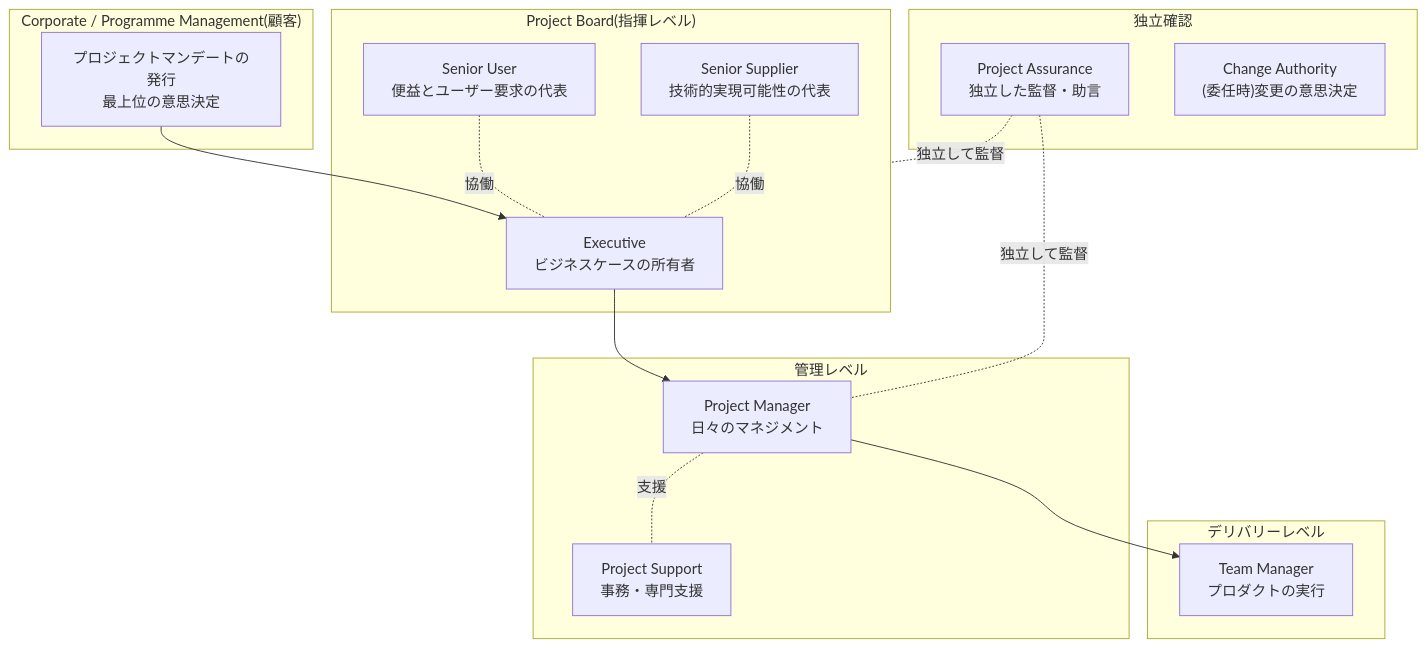
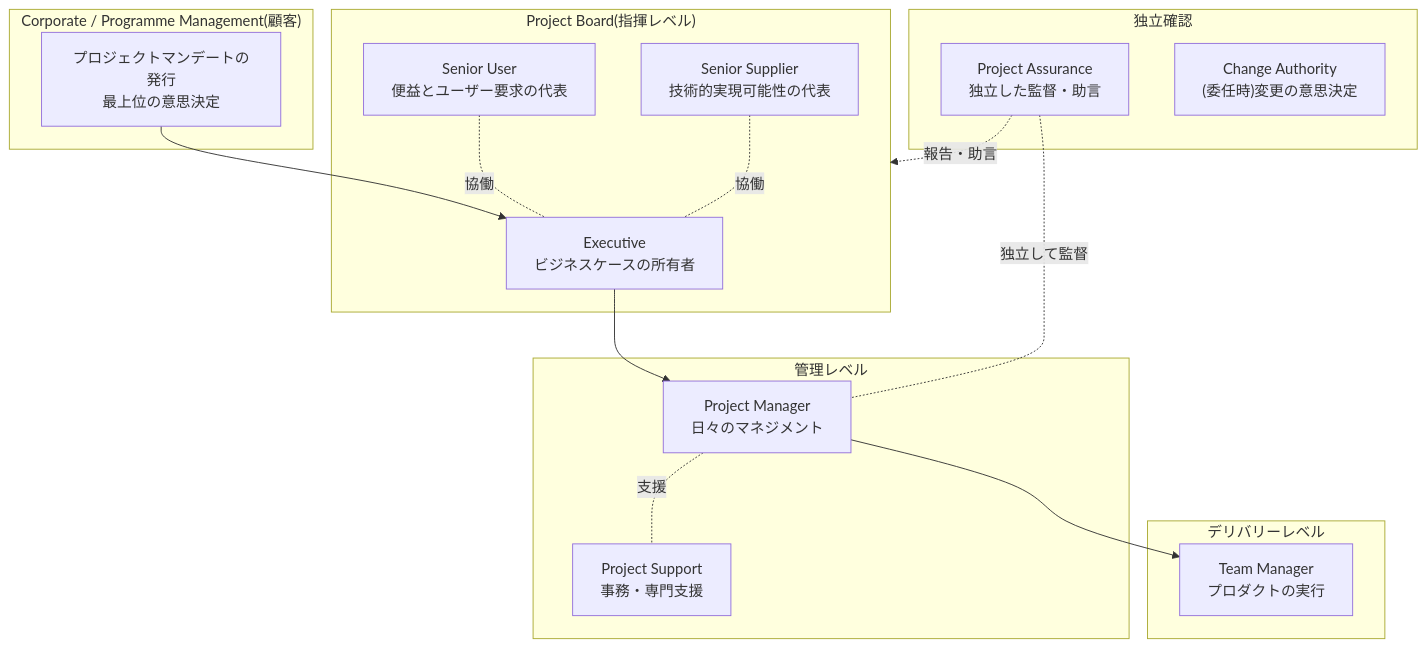
Diagram 12 of 13 in Prince2-7-practitioner-guide.md (myoshi2891/Management-Team-Building-Studies), drawn with Mermaid before and after one commit. The commit also changed 1 other file, not shown here.

Commit message:
docs(prince2): clarify project assurance role restrictions delegation rules and board reporting relation

````diff
--- a/Prince2-7-practitioner-guide.md
+++ b/Prince2-7-practitioner-guide.md
@@ -840,31 +840,31 @@
 ```mermaid
 flowchart TB
     subgraph Corporate["Corporate / Programme Management(顧客)"]
         COR["プロジェクトマンデートの発行\n最上位の意思決定"]
     end
     subgraph Board["Project Board(指揮レベル)"]
         EX["Executive\nビジネスケースの所有者"]
         SU_["Senior User\n便益とユーザー要求の代表"]
         SS["Senior Supplier\n技術的実現可能性の代表"]
     end
     subgraph Assurance["独立確認"]
         PA["Project Assurance\n独立した監督・助言"]
         CA["Change Authority\n(委任時)変更の意思決定"]
     end
     subgraph Management["管理レベル"]
         PM["Project Manager\n日々のマネジメント"]
         PS["Project Support\n事務・専門支援"]
     end
     subgraph Delivery["デリバリーレベル"]
         TM["Team Manager\nプロダクトの実行"]
     end
 
     COR --> EX
     EX --> PM
     SU_ -.協働.- EX
     SS -.協働.- EX
-    PA -.独立して監督.- Board
+    PA -.報告・助言.-> Board
     PA -.独立して監督.- PM
     PM --> TM
     PM -.支援.- PS
 ```
````
